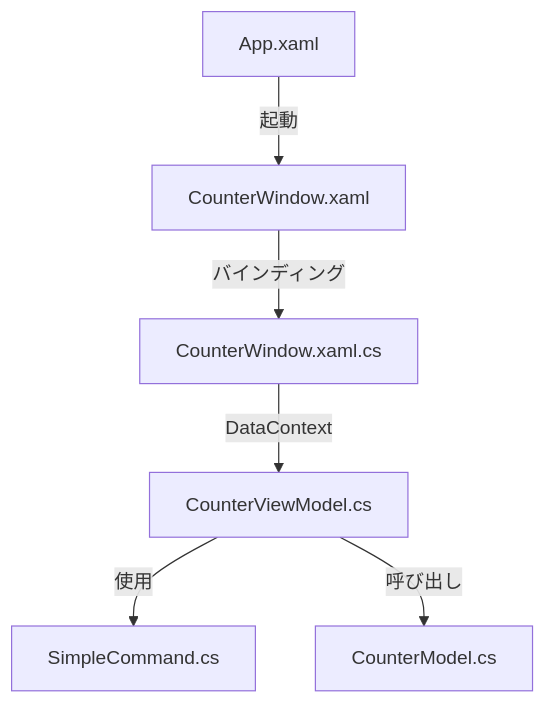
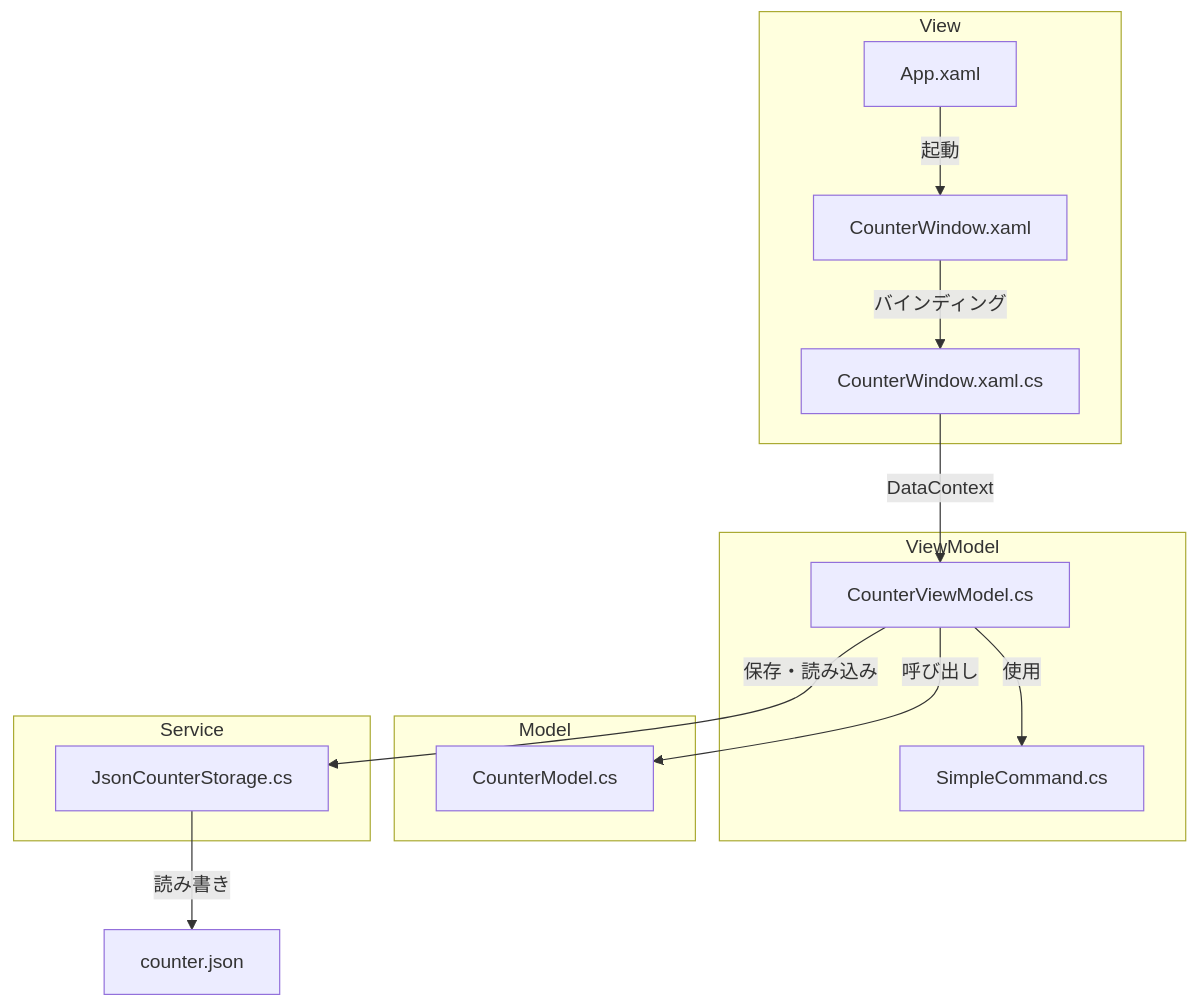
The diagram in README.md (mizugame634978/wpf_mvvm_counter), drawn with Mermaid before and after one commit.

Commit message:
docs: READMEのアーキテクチャ図にService層を追加

````diff
--- a/README.md
+++ b/README.md
@@ -5,8 +5,26 @@
 ```mermaid
 graph TD
+    subgraph View
+        App.xaml
+        CounterWindow.xaml
+        CounterWindow.xaml.cs
+    end
+    subgraph ViewModel
+        CounterViewModel.cs
+        SimpleCommand.cs
+    end
+    subgraph Model
+        CounterModel.cs
+    end
+    subgraph Service
+        JsonCounterStorage.cs
+    end
+
     App.xaml -->|起動| CounterWindow.xaml
+    CounterWindow.xaml -->|バインディング| CounterWindow.xaml.cs
     CounterWindow.xaml.cs -->|DataContext| CounterViewModel.cs
-    CounterWindow.xaml -->|バインディング| CounterWindow.xaml.cs
     CounterViewModel.cs -->|使用| SimpleCommand.cs
     CounterViewModel.cs -->|呼び出し| CounterModel.cs
+    CounterViewModel.cs -->|保存・読み込み| JsonCounterStorage.cs
+    JsonCounterStorage.cs -->|読み書き| counter.json
 ```
````
